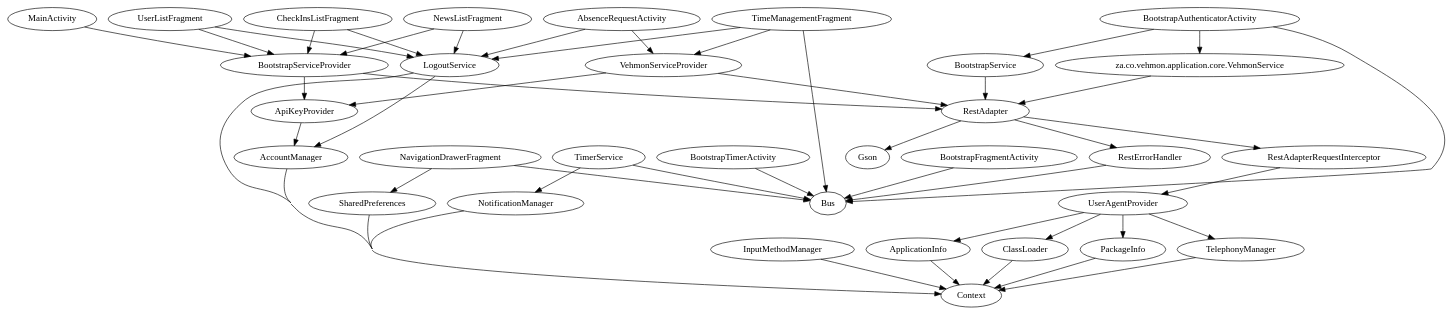
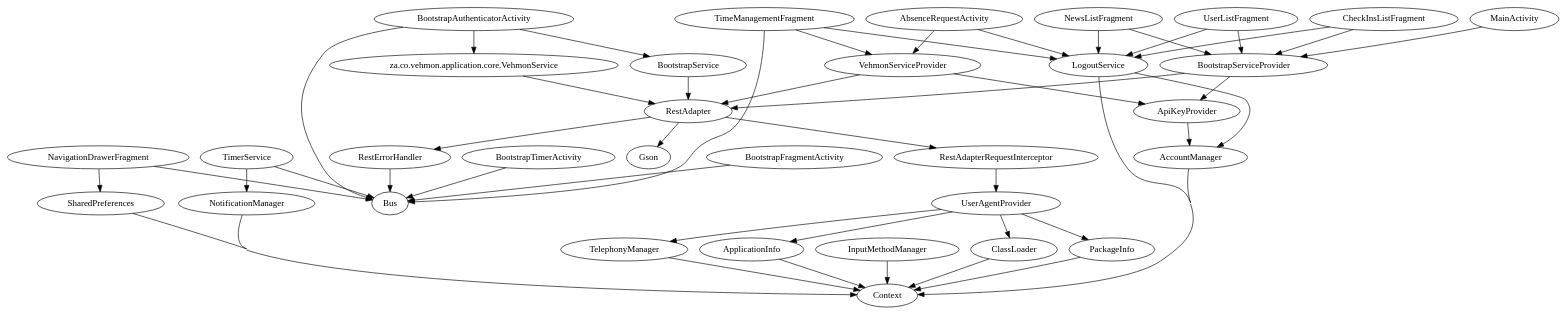
The diagram in app/build/intermediates/classes/debug/za/co/vehmon/application/RootModule.dot (Renaldobenji/android-vehmon), drawn with Graphviz before and after one commit. The commit also changed other lines of this file and 68 other files, not shown here.

```diff
--- a/app/build/intermediates/classes/debug/za/co/vehmon/application/RootModule.dot
+++ b/app/build/intermediates/classes/debug/za/co/vehmon/application/RootModule.dot
@@ -1,51 +1,51 @@
 digraph G1 {
   concentrate = true;
   AbsenceRequestActivity -> LogoutService;
   AbsenceRequestActivity -> VehmonServiceProvider;
   AccountManager -> Context;
   ApiKeyProvider -> AccountManager;
   ApplicationInfo -> Context;
+  BootstrapAuthenticatorActivity -> BootstrapService;
   BootstrapAuthenticatorActivity -> Bus;
-  BootstrapAuthenticatorActivity -> BootstrapService;
   n2 [label="za.co.vehmon.application.core.VehmonService"];
   BootstrapAuthenticatorActivity -> n2;
   BootstrapFragmentActivity -> Bus;
   BootstrapService -> RestAdapter;
   BootstrapServiceProvider -> ApiKeyProvider;
   BootstrapServiceProvider -> RestAdapter;
   BootstrapTimerActivity -> Bus;
+  CheckInsListFragment -> LogoutService;
   CheckInsListFragment -> BootstrapServiceProvider;
-  CheckInsListFragment -> LogoutService;
   ClassLoader -> Context;
   InputMethodManager -> Context;
   LogoutService -> AccountManager;
   LogoutService -> Context;
   MainActivity -> BootstrapServiceProvider;
+  NavigationDrawerFragment -> SharedPreferences;
   NavigationDrawerFragment -> Bus;
-  NavigationDrawerFragment -> SharedPreferences;
+  NewsListFragment -> LogoutService;
   NewsListFragment -> BootstrapServiceProvider;
-  NewsListFragment -> LogoutService;
   NotificationManager -> Context;
   PackageInfo -> Context;
+  RestAdapter -> RestErrorHandler;
   RestAdapter -> Gson;
   RestAdapter -> RestAdapterRequestInterceptor;
-  RestAdapter -> RestErrorHandler;
   RestAdapterRequestInterceptor -> UserAgentProvider;
   RestErrorHandler -> Bus;
   SharedPreferences -> Context;
   TelephonyManager -> Context;
+  TimeManagementFragment -> LogoutService;
   TimeManagementFragment -> Bus;
-  TimeManagementFragment -> LogoutService;
   TimeManagementFragment -> VehmonServiceProvider;
   TimerService -> NotificationManager;
   TimerService -> Bus;
+  UserAgentProvider -> PackageInfo;
   UserAgentProvider -> TelephonyManager;
   UserAgentProvider -> ApplicationInfo;
-  UserAgentProvider -> PackageInfo;
   UserAgentProvider -> ClassLoader;
+  UserListFragment -> LogoutService;
   UserListFragment -> BootstrapServiceProvider;
-  UserListFragment -> LogoutService;
   VehmonServiceProvider -> ApiKeyProvider;
   VehmonServiceProvider -> RestAdapter;
   n2 -> RestAdapter;
 }
```
